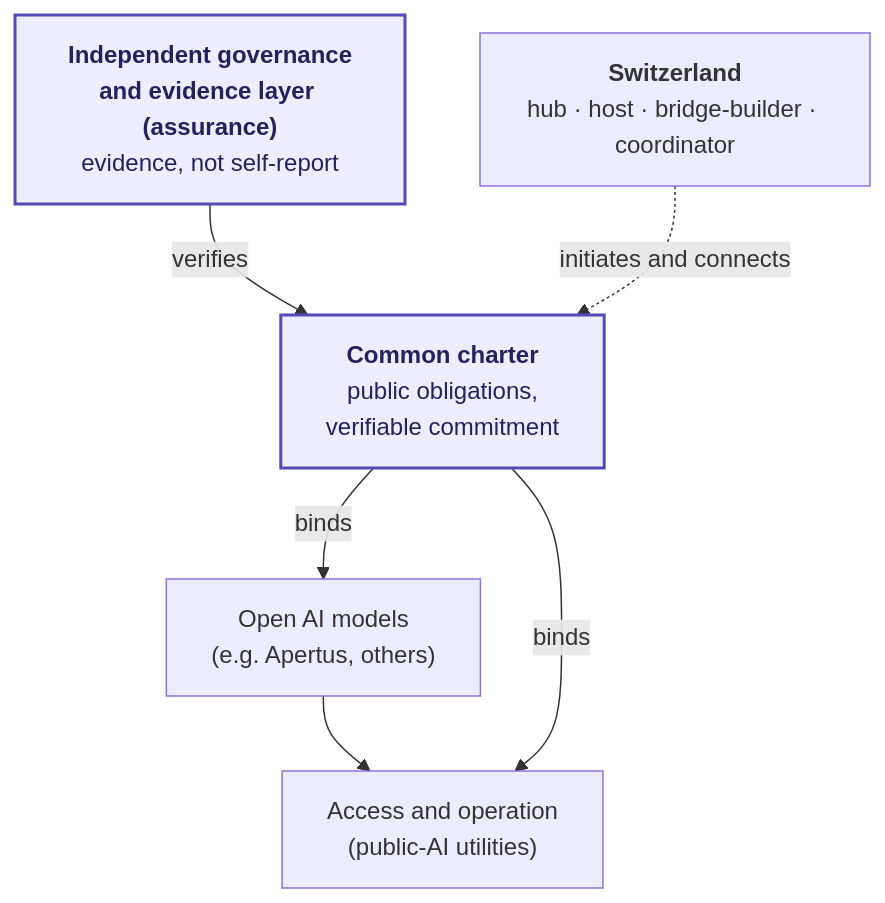
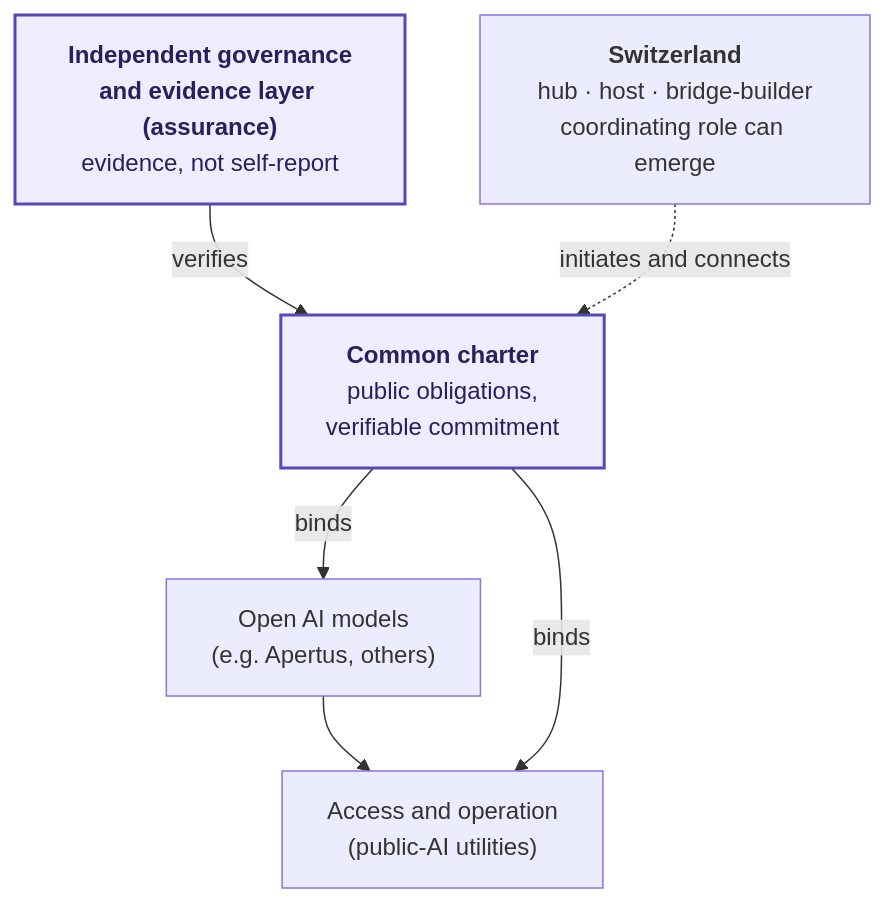
One commit to robertschaub/our-ai-charter changed the diagram in docs/Outreach/policy-sprint-presentation.en.md. Above: the diagram before and after it, drawn with Mermaid. The commit also changed other lines of this file and 8 other files, not shown here.

````diff
--- a/docs/Outreach/policy-sprint-presentation.en.md
+++ b/docs/Outreach/policy-sprint-presentation.en.md
@@ -32,17 +32,17 @@
 ```mermaid
 flowchart TB
   M["Open AI models<br/>(e.g. Apertus, others)"]
   A["Access and operation<br/>(public-AI utilities)"]
   C["<b>Common charter</b><br/>public obligations,<br/>verifiable commitment"]
   E["<b>Independent governance<br/>and evidence layer (assurance)</b><br/>evidence, not self-report"]
-  CH["<b>Switzerland</b><br/>hub · host · bridge-builder · coordinator"]
+  CH["<b>Switzerland</b><br/>hub · host · bridge-builder<br/>coordinating role can emerge"]
 
   M --> A
   C -->|binds| M
   C -->|binds| A
   E -->|verifies| C
   CH -.->|initiates and connects| C
 
   classDef hl fill:#EEEDFE,stroke:#534AB7,stroke-width:2px,color:#26215C;
   class C,E hl;
 ```
````
